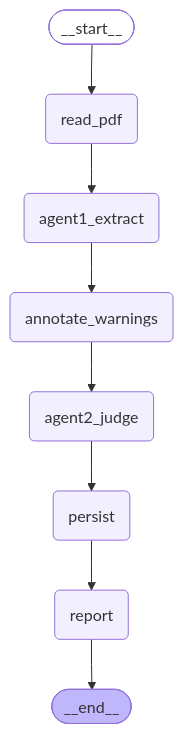
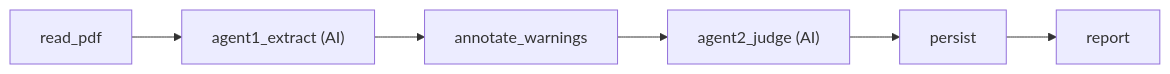
One commit to exoxeph/task-procurement changed the diagram in docs/diagrams/approach4.mmd. Above: the diagram before and after it, drawn with Mermaid. The commit also changed 22 other files, not shown here.

First line of the commit message:
feat: single-project Vercel deploy, Mock/Live switch, GitHub-safe diagrams

```diff
--- a/docs/diagrams/approach4.mmd
+++ b/docs/diagrams/approach4.mmd
@@ -1,24 +1,6 @@
----
-config:
-  flowchart:
-    curve: linear
----
-graph TD;
-	__start__([<p>__start__</p>]):::first
-	read_pdf(read_pdf)
-	agent1_extract(agent1_extract)
-	annotate_warnings(annotate_warnings)
-	agent2_judge(agent2_judge)
-	persist(persist)
-	report(report)
-	__end__([<p>__end__</p>]):::last
-	__start__ --> read_pdf;
-	agent1_extract --> annotate_warnings;
-	agent2_judge --> persist;
-	annotate_warnings --> agent2_judge;
-	persist --> report;
-	read_pdf --> agent1_extract;
-	report --> __end__;
-	classDef default fill:#f2f0ff,line-height:1.2
-	classDef first fill-opacity:0
-	classDef last fill:#bfb6fc
+flowchart LR
+    agent1_extract["agent1_extract (AI)"] --> annotate_warnings
+    agent2_judge["agent2_judge (AI)"] --> persist
+    annotate_warnings --> agent2_judge["agent2_judge (AI)"]
+    persist --> report
+    read_pdf --> agent1_extract["agent1_extract (AI)"]
```
